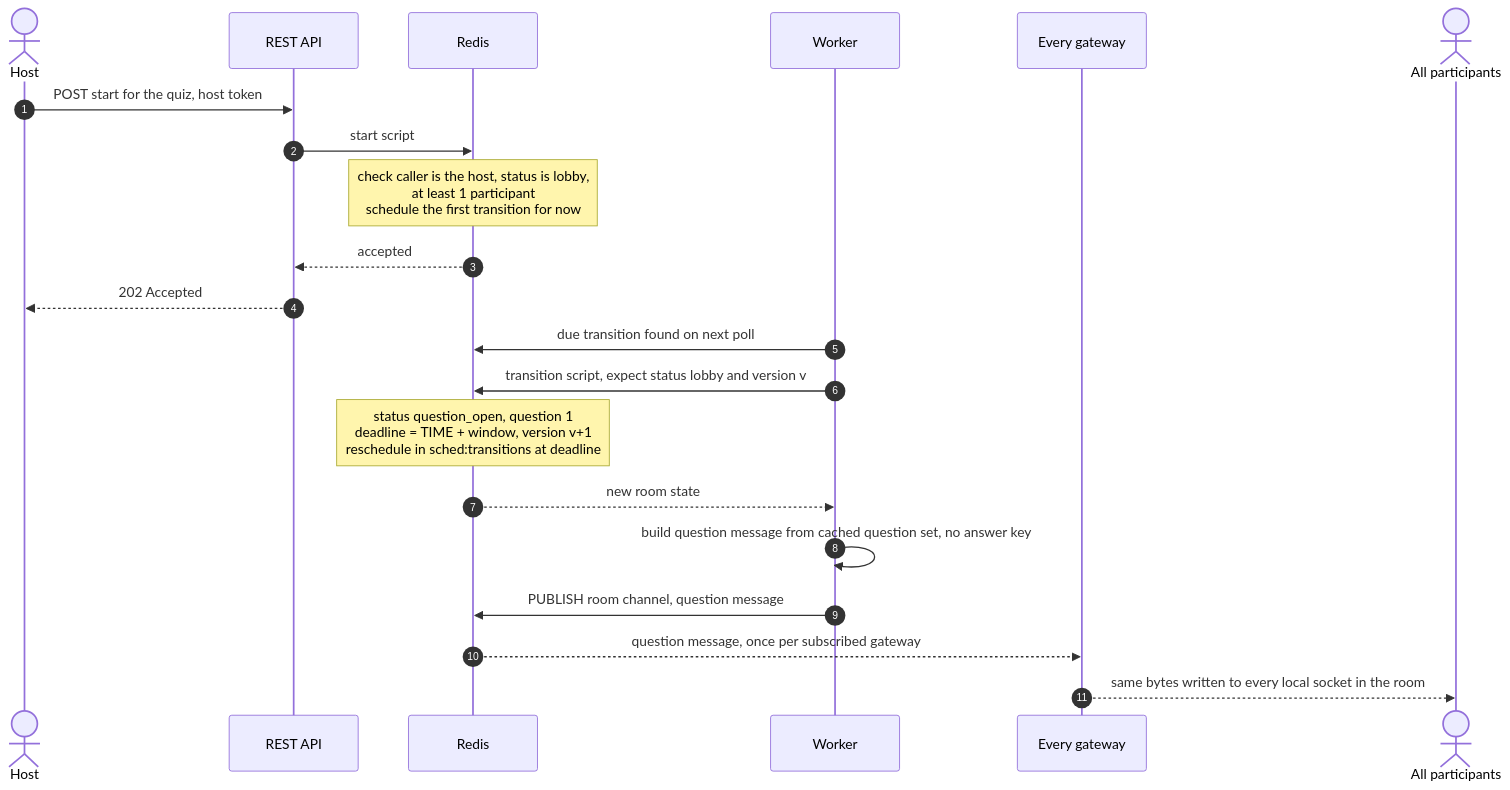
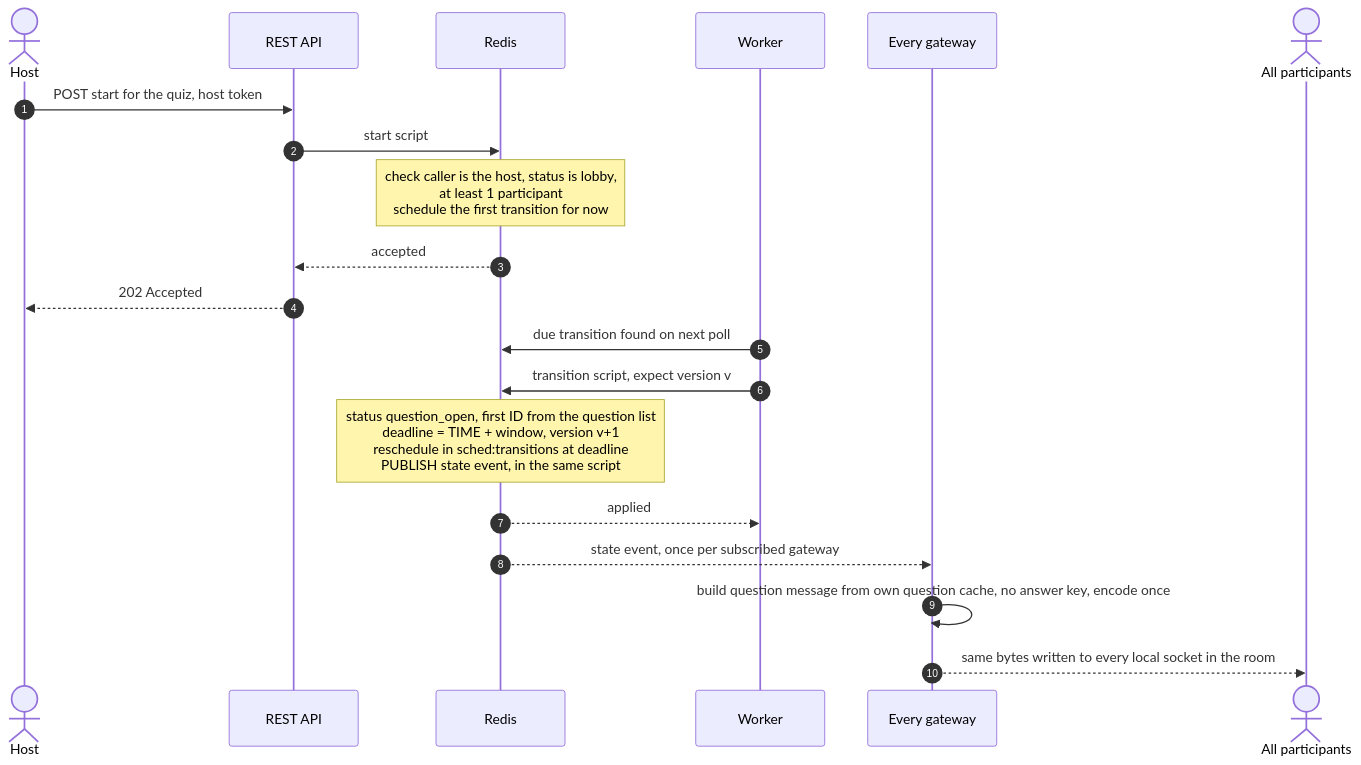
The third of 8 diagrams in docs/system-design/data-flow.md (rizqyep/elsa-coding-challenge), drawn with Mermaid before and after one commit. The commit also changed other lines of this file and 6 other files, not shown here.

Commit message:
docs: add schema and ops for cache and persistent data in trd

````diff
--- a/docs/system-design/data-flow.md
+++ b/docs/system-design/data-flow.md
@@ -69,24 +69,23 @@
 ```mermaid
 sequenceDiagram
     autonumber
     actor H as Host
     participant API as REST API
     participant R as Redis
     participant W as Worker
     participant ALL as Every gateway
     actor PS as All participants
 
     H->>API: POST start for the quiz, host token
     API->>R: start script
     Note over R: check caller is the host, status is lobby,<br/>at least 1 participant<br/>schedule the first transition for now
     R-->>API: accepted
     API-->>H: 202 Accepted
     W->>R: due transition found on next poll
-    W->>R: transition script, expect status lobby and version v
-    Note over R: status question_open, question 1<br/>deadline = TIME + window, version v+1<br/>reschedule in sched:transitions at deadline
-    R-->>W: new room state
-    W->>W: build question message from cached question set, no answer key
-    W->>R: PUBLISH room channel, question message
-    R-->>ALL: question message, once per subscribed gateway
+    W->>R: transition script, expect version v
+    Note over R: status question_open, first ID from the question list<br/>deadline = TIME + window, version v+1<br/>reschedule in sched:transitions at deadline<br/>PUBLISH state event, in the same script
+    R-->>W: applied
+    R-->>ALL: state event, once per subscribed gateway
+    ALL->>ALL: build question message from own question cache, no answer key, encode once
     ALL-->>PS: same bytes written to every local socket in the room
 ```
````
